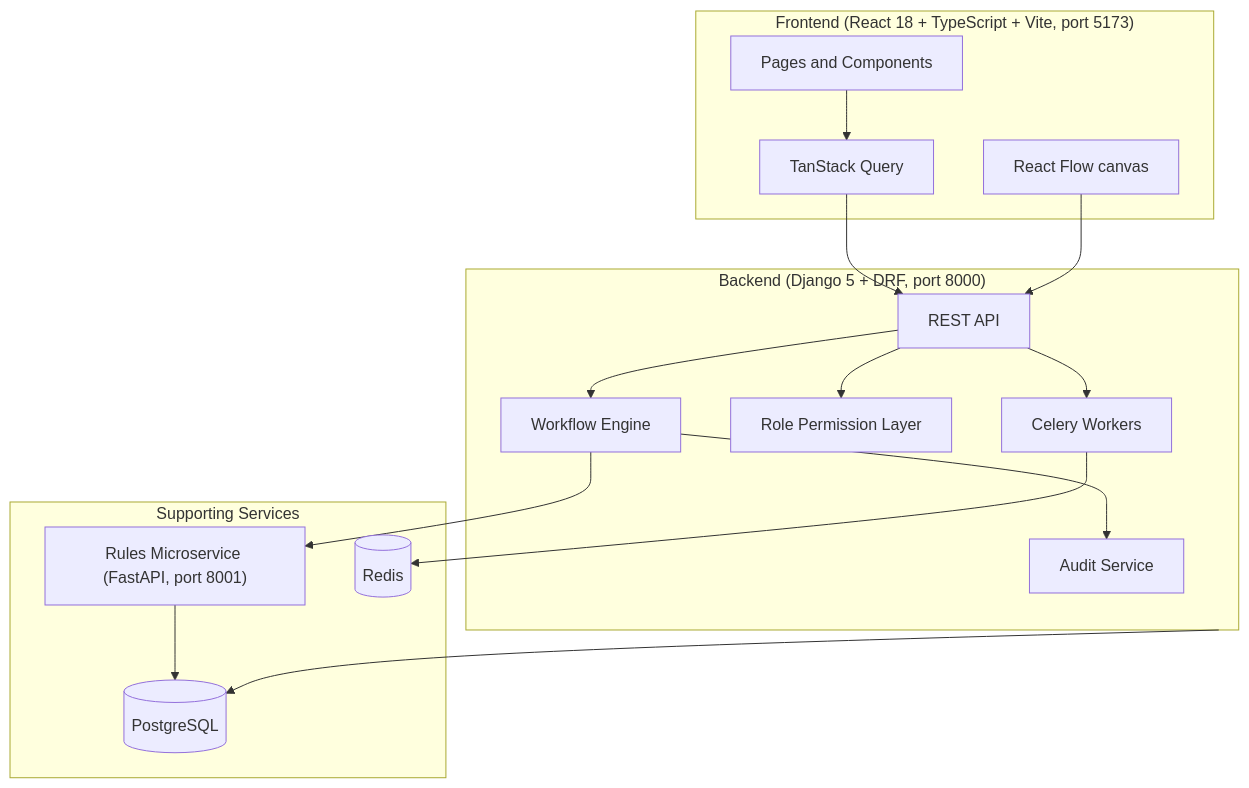
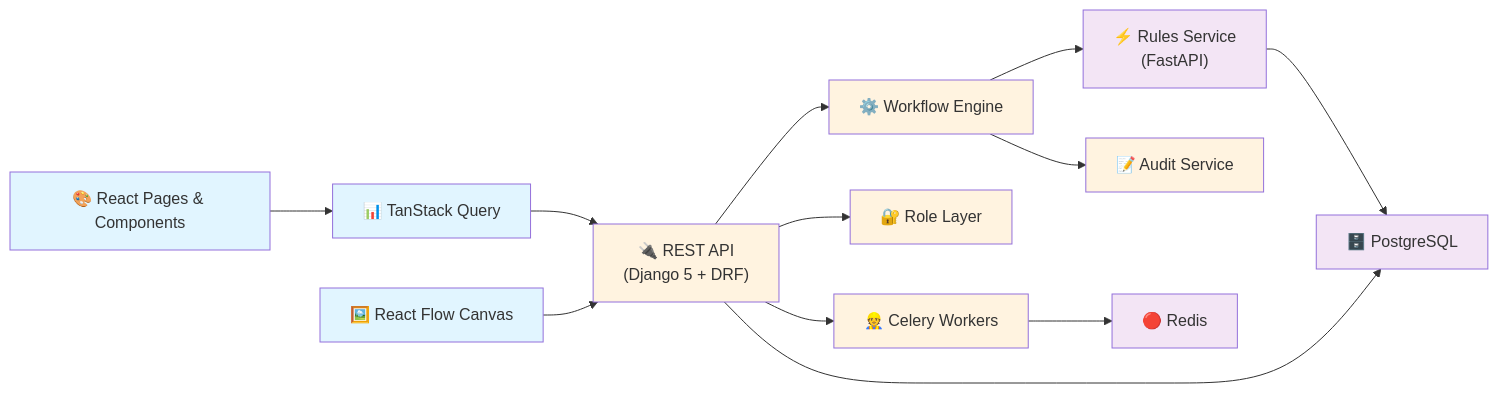
The diagram in README.md (TestingCodings/FlowForge), drawn with Mermaid before and after one commit.

Commit message:
fix: simplify mermaid diagram for GitHub compatibility
Replaced nested subgraph syntax with color-coded node classes and
left-right layout. GitHub's mermaid renderer has issues with complex
subgraph nesting; this version is more reliable and just as clear.
Also added emoji for visual interest.

````diff
--- a/README.md
+++ b/README.md
@@ -15,31 +15,40 @@
 ```mermaid
-graph TD
-    subgraph Frontend ["Frontend (React 18 + TypeScript + Vite, port 5173)"]
-        UI[Pages and Components]
-        TQ[TanStack Query]
-        RF[React Flow canvas]
-    end
-
-    subgraph Backend ["Backend (Django 5 + DRF, port 8000)"]
-        API[REST API]
-        Engine[Workflow Engine]
-        Perms[Role Permission Layer]
-        Celery[Celery Workers]
-        AuditSvc[Audit Service]
-    end
-
-    subgraph Services ["Supporting Services"]
-        RulesMS["Rules Microservice (FastAPI, port 8001)"]
-        PG[(PostgreSQL)]
-        Redis[(Redis)]
-    end
-
-    UI --> TQ --> API
+graph LR
+    UI["🎨 React Pages & Components"]
+    TQ["📊 TanStack Query"]
+    RF["🖼️ React Flow Canvas"]
+    
+    API["🔌 REST API<br/>(Django 5 + DRF)"]
+    Engine["⚙️ Workflow Engine"]
+    RulesMS["⚡ Rules Service<br/>(FastAPI)"]
+    AuditSvc["📝 Audit Service"]
+    Perms["🔐 Role Layer"]
+    Celery["👷 Celery Workers"]
+    
+    PG["🗄️ PostgreSQL"]
+    Redis["🔴 Redis"]
+    
+    UI --> TQ
+    TQ --> API
     RF --> API
-    API --> Engine --> RulesMS
+    
+    API --> Engine
+    API --> Perms
+    API --> Celery
+    
+    Engine --> RulesMS
     Engine --> AuditSvc
-    API --> Celery --> Redis
-    API --> Perms
-    Backend --> PG
+    
+    Celery --> Redis
+    
+    API --> PG
     RulesMS --> PG
+    
+    classDef frontend fill:#e1f5ff
+    classDef backend fill:#fff3e0
+    classDef services fill:#f3e5f5
+    
+    class UI,TQ,RF frontend
+    class API,Engine,Perms,AuditSvc,Celery backend
+    class RulesMS,PG,Redis services
 ```
````
